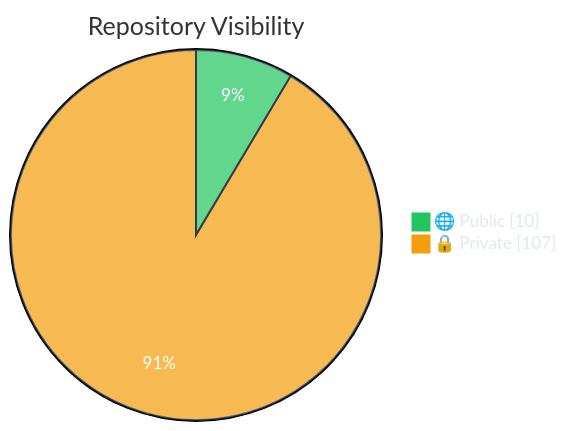
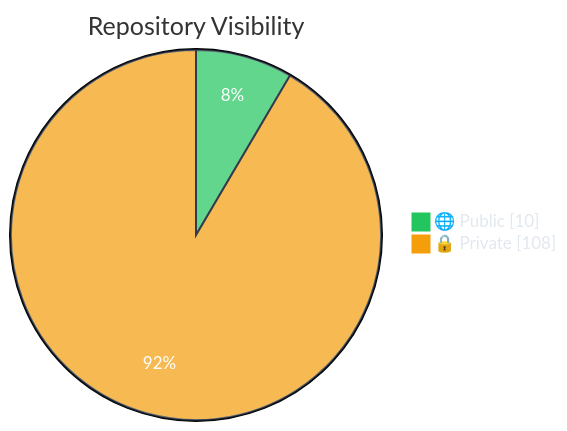
One commit to polo-nyan/polo-nyan changed the first of 7 diagrams in README.md. Above: the diagram before and after it, drawn with Mermaid. The commit also changed other lines of this file and 1 other file, not shown here.

````diff
--- a/README.md
+++ b/README.md
@@ -83,7 +83,7 @@
 ```mermaid
 %%{init: {"theme": "base", "themeVariables": { "pie1": "#22c55e", "pie2": "#f59e0b", "pie3": "#3b82f6", "pie4": "#ec4899", "pieTextColor": "#ffffff", "pieLegendTextColor": "#e2e8f0", "pieSectionTextColor": "#ffffff", "pieStrokeColor": "#1e293b" }}}%%
 pie showData
     title Repository Visibility
     "🌐 Public" : 10
-    "🔒 Private" : 107
+    "🔒 Private" : 108
 ```
````
